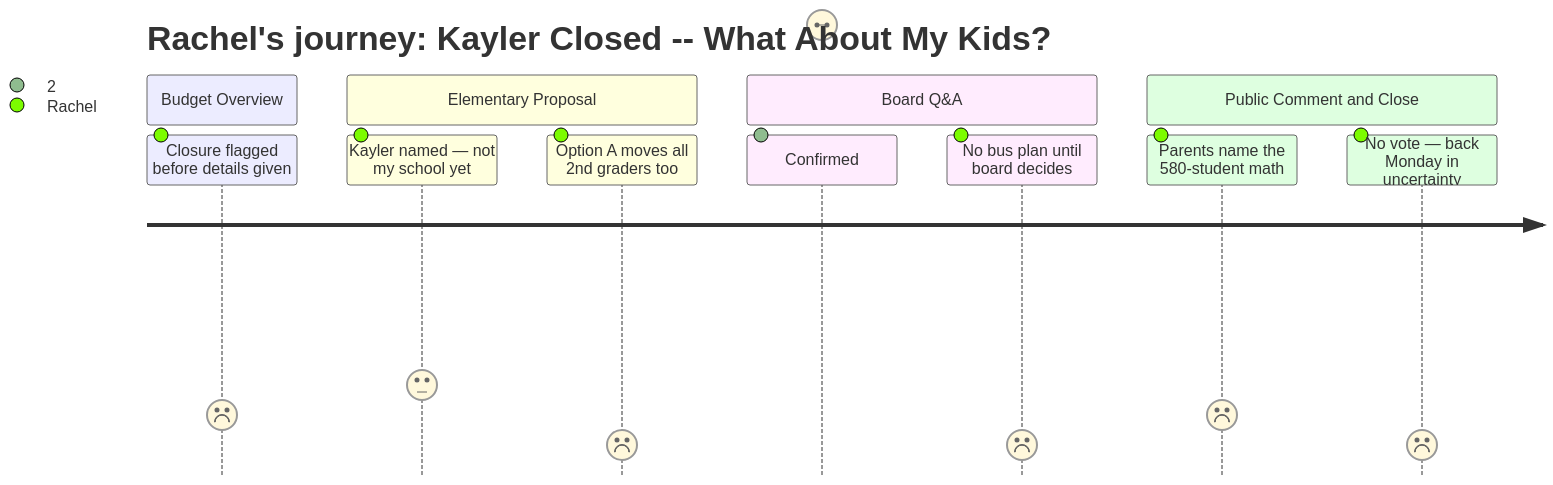
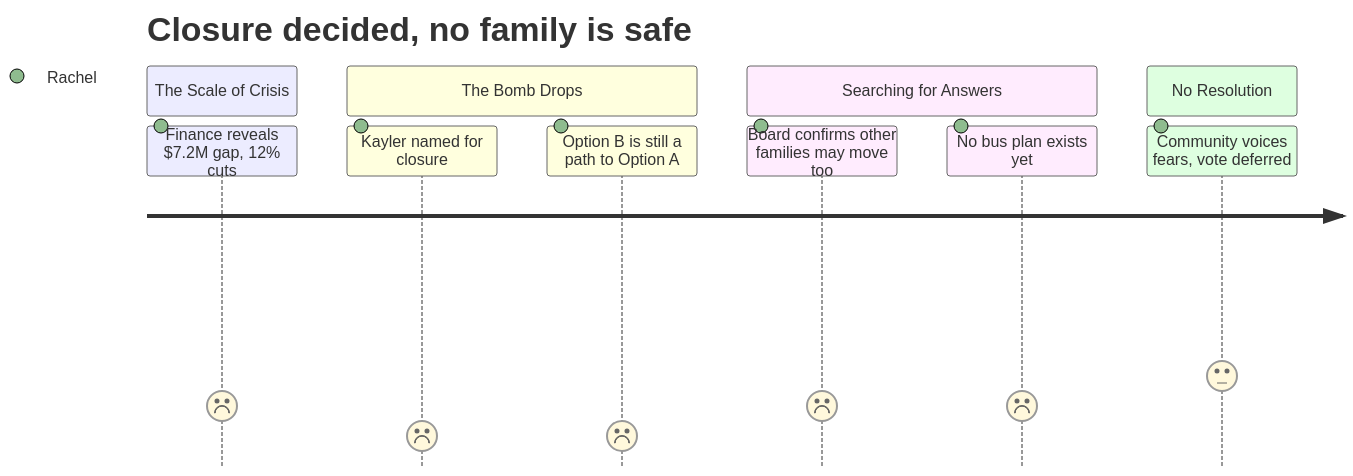
One commit to cristoslc/2026-south-portland-school-budget changed the diagram in data/interpretation/meetings/2026-03-23-school-board/PERSONA-008.md. Above: the diagram before and after it, drawn with Mermaid. The commit also changed other lines of this file and 64 other files, not shown here.

````diff
--- a/data/interpretation/meetings/2026-03-23-school-board/PERSONA-008.md
+++ b/data/interpretation/meetings/2026-03-23-school-board/PERSONA-008.md
@@ -79,15 +77,14 @@
 ```mermaid
 journey
-    title Rachel's journey: Kayler Closed -- What About My Kids?
-    section Budget Overview
-        Closure flagged before details given: 2: Rachel
-    section Elementary Proposal
-        Kayler named — not my school yet: 3: Rachel
-        Option A moves all 2nd graders too: 1: Rachel
-    section Board Q&A
-        Confirmed: other zones disrupted too: 2: Rachel
-        No bus plan until board decides: 1: Rachel
-    section Public Comment and Close
-        Parents name the 580-student math: 2: Rachel
-        No vote — back Monday in uncertainty: 1: Rachel
+    title Closure decided, no family is safe
+    section The Scale of Crisis
+        Finance reveals $7.2M gap, 12% cuts: 2: Rachel
+    section The Bomb Drops
+        Kayler named for closure: 1: Rachel
+        Option B is still a path to Option A: 1: Rachel
+    section Searching for Answers
+        Board confirms other families may move too: 2: Rachel
+        No bus plan exists yet: 2: Rachel
+    section No Resolution
+        Community voices fears, vote deferred: 3: Rachel
 ```
````
